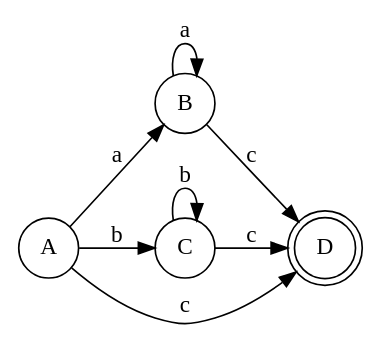
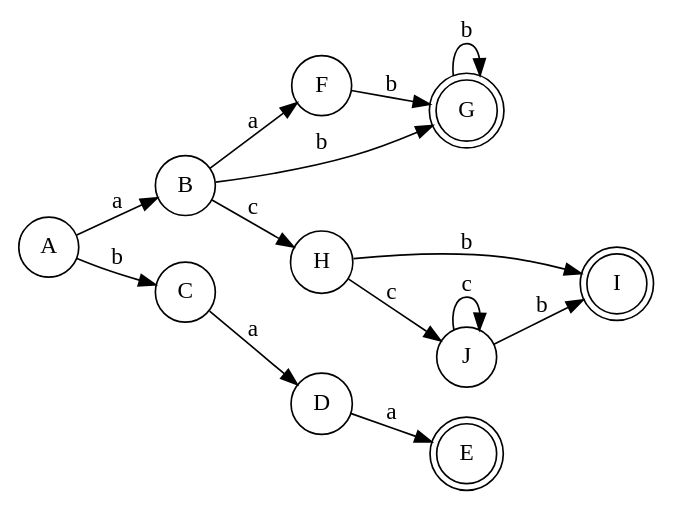
Before and after one commit to JoseGon20335/labC-lenguajes: the diagram in AFD.gv, drawn with Graphviz. The commit also changed 16 other files, not shown here.

```diff
--- a/AFD.gv
+++ b/AFD.gv
@@ -1,15 +1,27 @@
 // resultado
 digraph AFD {
 	graph [rankdir=LR]
-	2138903743072 [label=A shape=circle]
-	2138903748592 [label=B shape=circle]
-	2138903748640 [label=C shape=circle]
-	2138903748880 [label=D shape=doublecircle]
-	2138903743072 -> 2138903748592 [label=a]
-	2138903743072 -> 2138903748640 [label=b]
-	2138903743072 -> 2138903748880 [label=c]
-	2138903748592 -> 2138903748592 [label=a]
-	2138903748592 -> 2138903748880 [label=c]
-	2138903748640 -> 2138903748640 [label=b]
-	2138903748640 -> 2138903748880 [label=c]
+	2806201459872 [label=A shape=circle]
+	2806201462080 [label=B shape=circle]
+	2806201459728 [label=C shape=circle]
+	2806201458720 [label=D shape=circle]
+	2806201460736 [label=E shape=doublecircle]
+	2806201456752 [label=F shape=circle]
+	2806201457136 [label=G shape=doublecircle]
+	2806201456128 [label=H shape=circle]
+	2806201457232 [label=I shape=doublecircle]
+	2806201458960 [label=J shape=circle]
+	2806201459872 -> 2806201462080 [label=a]
+	2806201459872 -> 2806201459728 [label=b]
+	2806201462080 -> 2806201456752 [label=a]
+	2806201462080 -> 2806201457136 [label=b]
+	2806201462080 -> 2806201456128 [label=c]
+	2806201459728 -> 2806201458720 [label=a]
+	2806201458720 -> 2806201460736 [label=a]
+	2806201456752 -> 2806201457136 [label=b]
+	2806201457136 -> 2806201457136 [label=b]
+	2806201456128 -> 2806201457232 [label=b]
+	2806201456128 -> 2806201458960 [label=c]
+	2806201458960 -> 2806201457232 [label=b]
+	2806201458960 -> 2806201458960 [label=c]
 }
```
